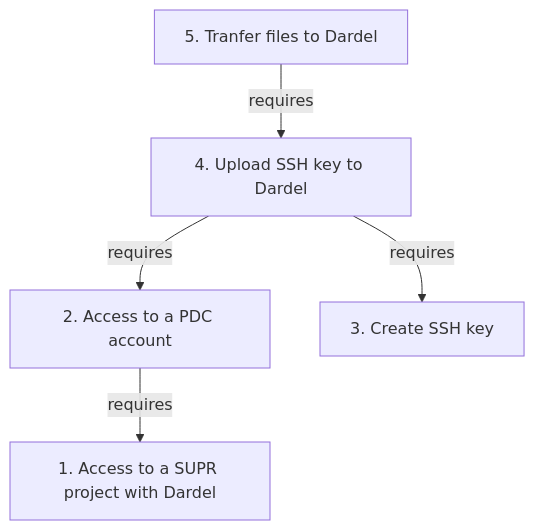
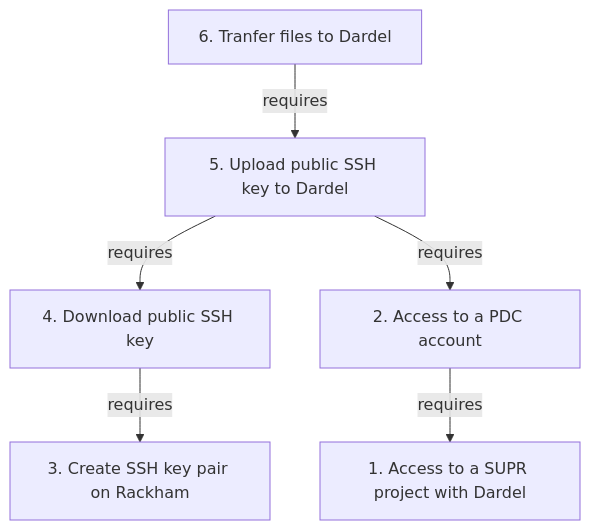
Before and after one commit to UPPMAX/UPPMAX-documentation: the diagram in docs/cluster_guides/transfer_dardel.md, drawn with Mermaid. The commit also changed other lines of this file and 6 other files, not shown here.

Commit message:
Download and upload only public SSH key

````diff
--- a/docs/cluster_guides/transfer_dardel.md
+++ b/docs/cluster_guides/transfer_dardel.md
@@ -23,13 +23,15 @@
 ```mermaid
 flowchart TD
   get_supr_project[1. Access to a SUPR project with Dardel]
   get_pdc_account[2. Access to a PDC account]
-  create_ssh_key[3. Create SSH key]
-  upload_ssh_key[4. Upload SSH key to Dardel]
-  transfer_files[5. Tranfer files to Dardel]
+  create_ssh_key[3. Create SSH key pair on Rackham]
+  download_ssh_keys[4. Download public SSH key]
+  upload_ssh_key[5. Upload public SSH key to Dardel]
+  transfer_files[6. Tranfer files to Dardel]
   
   get_pdc_account --> |requires| get_supr_project 
-  upload_ssh_key --> |requires| create_ssh_key
+  download_ssh_keys --> |requires| create_ssh_key
+  upload_ssh_key --> |requires| download_ssh_keys
   upload_ssh_key --> |requires| get_pdc_account
   transfer_files --> |requires| upload_ssh_key
 ```
````
